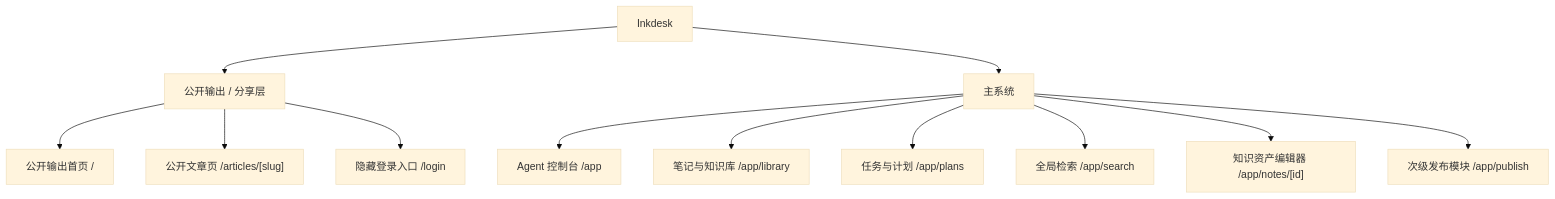
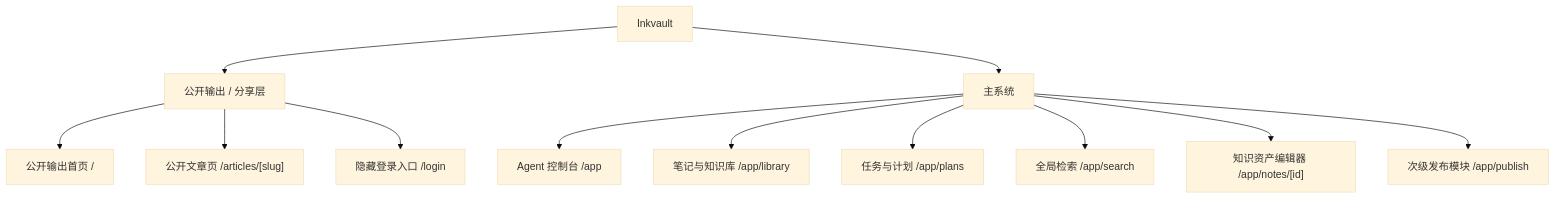
The first of 2 diagrams in docs/design/information-architecture.md (rrhww/inkdesk), drawn with Mermaid (base theme) before and after one commit. The commit also changed other lines of this file and 267 other files, not shown here.

````diff
--- a/docs/design/information-architecture.md
+++ b/docs/design/information-architecture.md
@@ -14,14 +14,14 @@
 ```mermaid
 graph TD
-    A["Inkdesk"] --> B["公开输出 / 分享层"]
+    A["Inkvault"] --> B["公开输出 / 分享层"]
     A --> C["主系统"]
     B --> B1["公开输出首页 /"]
     B --> B2["公开文章页 /articles/[slug]"]
     B --> B3["隐藏登录入口 /login"]
     C --> C1["Agent 控制台 /app"]
     C --> C2["笔记与知识库 /app/library"]
     C --> C3["任务与计划 /app/plans"]
     C --> C4["全局检索 /app/search"]
     C --> C5["知识资产编辑器 /app/notes/[id]"]
     C --> C6["次级发布模块 /app/publish"]
 ```
````
